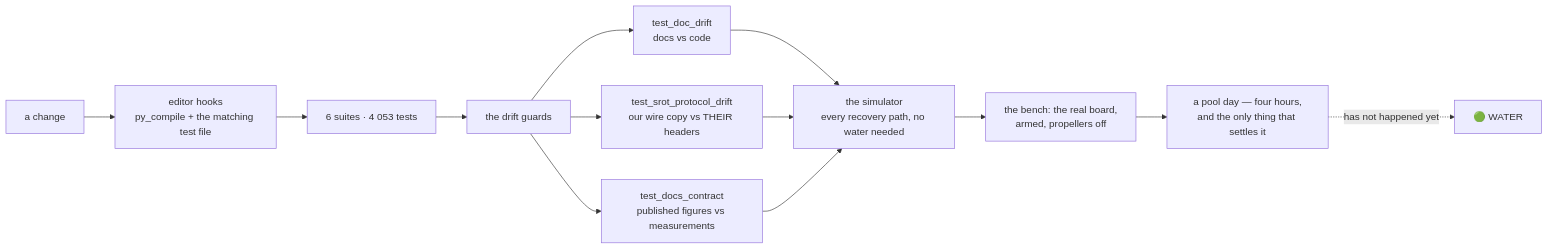
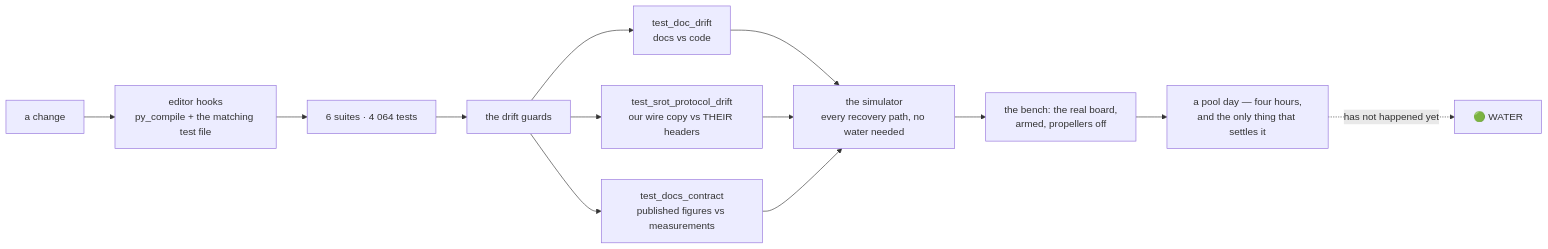
The ninth of 10 diagrams in README.md (fh1m/mongla_ws), drawn with Mermaid before and after one commit. The commit also changed other lines of this file and 4 other files, not shown here.

````diff
--- a/README.md
+++ b/README.md
@@ -752,15 +752,15 @@
 ```mermaid
 flowchart LR
     DEV["a change"] --> HOOK["editor hooks<br/>py_compile + the matching test file"]
-    HOOK --> UNIT["6 suites · 4 053 tests"]
+    HOOK --> UNIT["6 suites · 4 064 tests"]
     UNIT --> GUARD["the drift guards"]
     GUARD --> G1["test_doc_drift<br/>docs vs code"]
     GUARD --> G2["test_srot_protocol_drift<br/>our wire copy vs THEIR headers"]
     GUARD --> G3["test_docs_contract<br/>published figures vs measurements"]
     G1 --> SIM["the simulator<br/>every recovery path, no water needed"]
     G2 --> SIM
     G3 --> SIM
     SIM --> BENCH["the bench: the real board,<br/>armed, propellers off"]
     BENCH --> POOL["a pool day — four hours,<br/>and the only thing that settles it"]
     POOL -.->|"has not happened yet"| WATER["🟢 WATER"]
 ```
````
